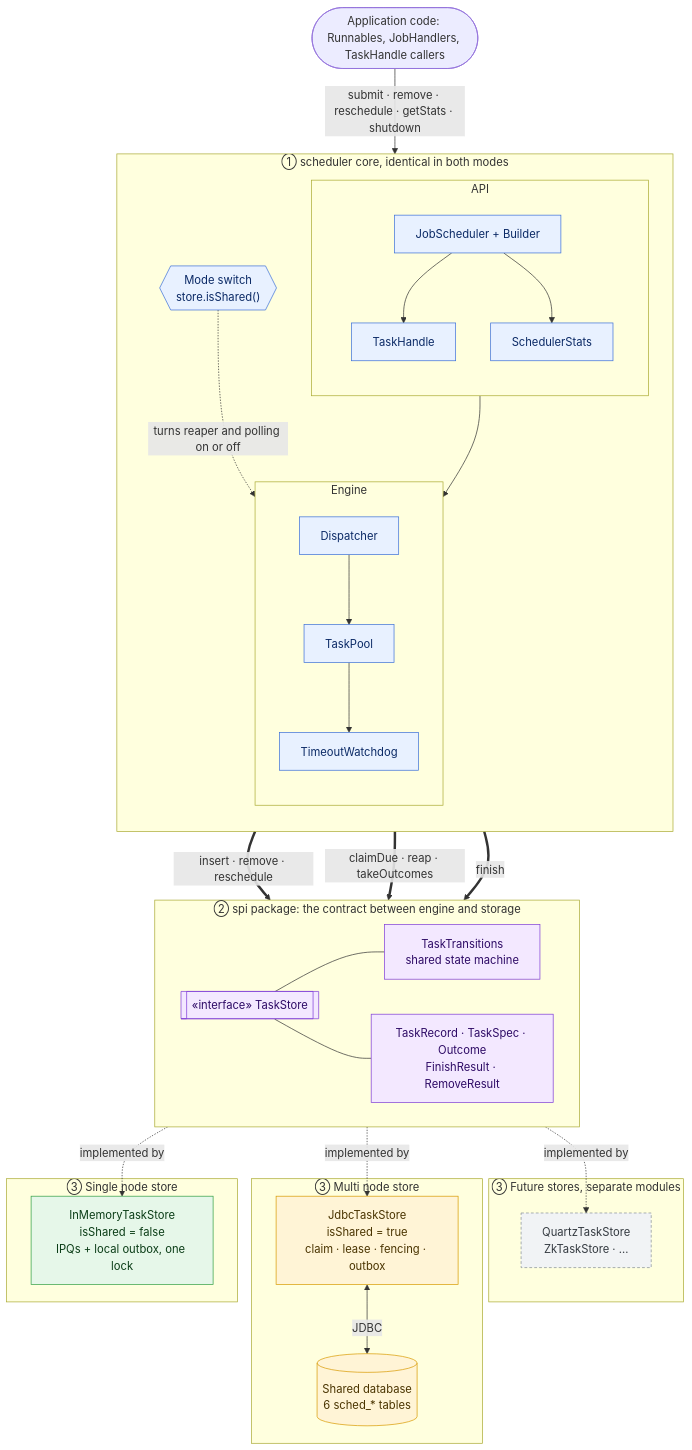
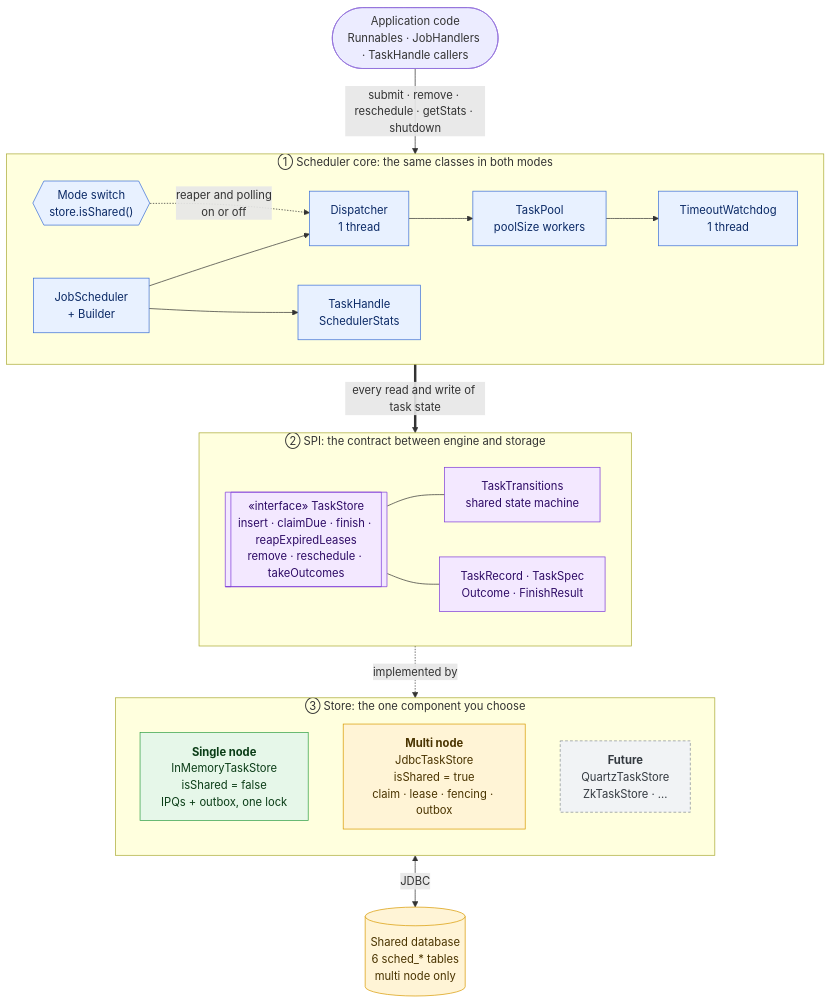
One commit to deyindra/System_Design changed the first of 9 diagrams in scheduler/README.md. Above: the diagram before and after it, drawn with Mermaid. The commit also changed other lines of this file, not shown here.

Commit message:
Update repo

````diff
--- a/scheduler/README.md
+++ b/scheduler/README.md
@@ -109,64 +109,51 @@
 ```mermaid
 flowchart TB
-    APP(["Application code: Runnables, JobHandlers, TaskHandle callers"])
+    APP(["Application code<br/>Runnables · JobHandlers · TaskHandle callers"])
 
-    subgraph CORE["① scheduler core, identical in both modes"]
-        direction TB
-        subgraph API["API"]
-            direction TB
-            JS["JobScheduler + Builder"]
-            TH["TaskHandle"]
-            SS["SchedulerStats"]
-        end
-        subgraph ENG["Engine"]
-            direction TB
-            DSP["Dispatcher"]
-            POOL["TaskPool"]
-            WD["TimeoutWatchdog"]
-        end
+    subgraph CORE["① Scheduler core: the same classes in both modes"]
+        direction LR
+        JS["JobScheduler<br/>+ Builder"]
+        DSP["Dispatcher<br/>1 thread"]
+        POOL["TaskPool<br/>poolSize workers"]
+        WD["TimeoutWatchdog<br/>1 thread"]
+        TH["TaskHandle<br/>SchedulerStats"]
         SW{{"Mode switch<br/>store.isShared()"}}
+        JS --> DSP --> POOL --> WD
+        JS --> TH
+        SW -.->|"reaper and polling<br/>on or off"| DSP
     end
 
-    subgraph SPIP["② spi package: the contract between engine and storage"]
+    subgraph SPIP["② SPI: the contract between engine and storage"]
         direction LR
-        SPI[["«interface» TaskStore"]]
+        SPI[["«interface» TaskStore<br/>insert · claimDue · finish · reapExpiredLeases<br/>remove · reschedule · takeOutcomes"]]
         TT["TaskTransitions<br/>shared state machine"]
-        VT["TaskRecord · TaskSpec · Outcome<br/>FinishResult · RemoveResult"]
+        VT["TaskRecord · TaskSpec<br/>Outcome · FinishResult"]
+        SPI --- TT
+        SPI --- VT
     end
 
-    subgraph FV["③ Future stores, separate modules"]
-        FUT["QuartzTaskStore<br/>ZkTaskStore · …"]
+    subgraph STORES["③ Store: the one component you choose"]
+        direction TB
+        MEM["<b>Single node</b><br/>InMemoryTaskStore<br/>isShared = false<br/>IPQs + outbox, one lock"]
+        JDBC["<b>Multi node</b><br/>JdbcTaskStore<br/>isShared = true<br/>claim · lease · fencing · outbox"]
+        FUT["<b>Future</b><br/>QuartzTaskStore<br/>ZkTaskStore · …"]
     end
 
-    subgraph MV["③ Multi node store"]
-            JDBC["JdbcTaskStore<br/>isShared = true<br/>claim · lease · fencing · outbox"]
-            DB[("Shared database<br/>6 sched_* tables")]
-            JDBC <-->|JDBC| DB
-        end
-    subgraph SV["③ Single node store"]
-            MEM["InMemoryTaskStore<br/>isShared = false<br/>IPQs + local outbox, one lock"]
-        end
-    APP -->|"submit · remove · reschedule · getStats · shutdown"| JS
-    JS --> TH & SS
-    JS --> DSP --> POOL --> WD
-    SW -.->|"turns reaper and polling on or off"| DSP
-    JS ==>|"insert · remove · reschedule"| SPI
-    DSP ==>|"claimDue · reap · takeOutcomes"| SPI
-    POOL ==>|finish| SPI
-    SPI --- TT
-    SPI --- VT
-    SPI -.->|"implemented by"| FUT
-    SPI -.->|"implemented by"| JDBC
-    SPI -.->|"implemented by"| MEM
+    DB[("Shared database<br/>6 sched_* tables<br/>multi node only")]
+
+    APP -->|"submit · remove · reschedule · getStats · shutdown"| CORE
+    CORE ==>|"every read and write of task state"| SPIP
+    SPIP -.->|"implemented by"| STORES
+    JDBC <-->|JDBC| DB
 
     classDef same fill:#e8f1ff,stroke:#3b6fd8,color:#0b2a66
     classDef spi fill:#f3e8ff,stroke:#7e3bd8,color:#2e0b66
     classDef single fill:#e6f7e9,stroke:#2f9e44,color:#0b3d17
     classDef multi fill:#fff4d6,stroke:#d89a00,color:#4a3400
     classDef future fill:#f1f3f5,stroke:#868e96,stroke-dasharray: 4 3,color:#343a40
-    class JS,TH,SS,DSP,POOL,WD,SW same
+    class JS,TH,DSP,POOL,WD,SW same
     class SPI,TT,VT spi
     class MEM single
     class JDBC,DB multi
     class FUT future
 ```
````
